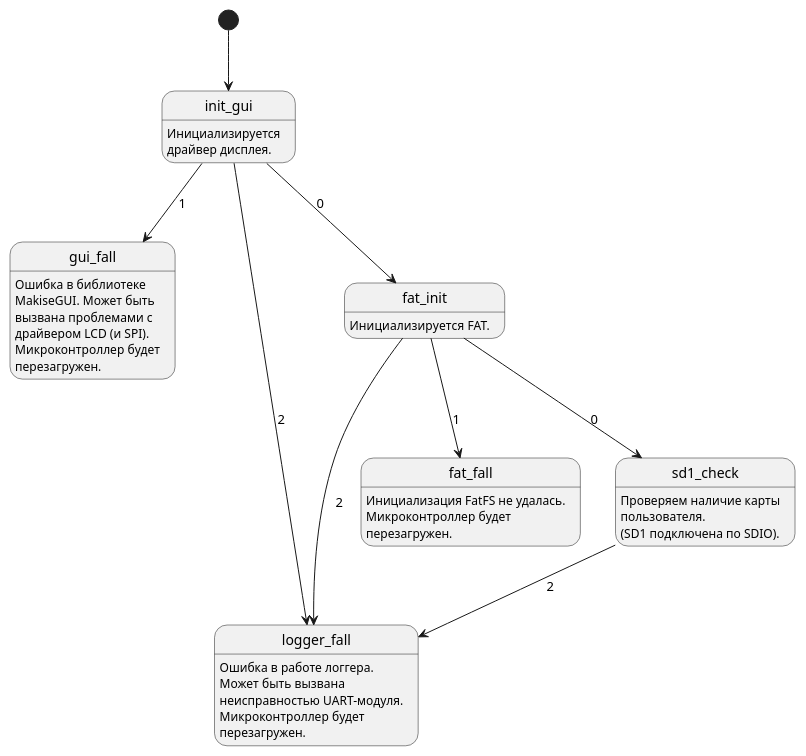
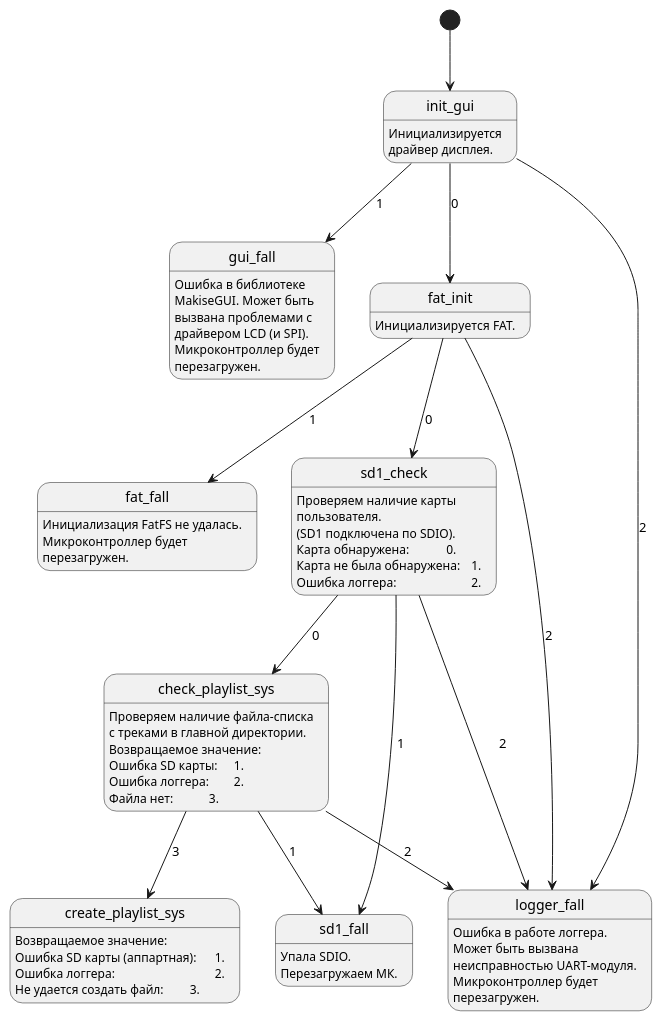
One commit to Vadimatorik/ChiptunePlayer-2.22 changed the diagram in user_code/fsm/tree/ayplayer_main_task_fsm.pu. Above: the diagram before and after it, drawn with PlantUML. The commit also changed 9 other files, not shown here.

```diff
--- a/user_code/fsm/tree/ayplayer_main_task_fsm.pu
+++ b/user_code/fsm/tree/ayplayer_main_task_fsm.pu
@@ -1,54 +1,84 @@
 @startuml
 
 [*] --> start
 
 state "init_gui" as start {
 start: Инициализируется 
 start: драйвер дисплея.
 }
 
 start --> fgui: 1 
 start --> fl: 2
 state "gui_fall" as fgui {
 fgui: Ошибка в библиотеке 
 fgui: MakiseGUI. Может быть 
 fgui: вызвана проблемами с 
 fgui: драйвером LCD (и SPI).
 fgui: Микроконтроллер будет 
 fgui: перезагружен.
 }
 
 state "logger_fall" as fl {
 fl: Ошибка в работе логгера.
 fl: Может быть вызвана 
 fl: неисправностью UART-модуля.
 fl: Микроконтроллер будет 
 fl: перезагружен.
 }
 
 start --> s1: 0
 
 state "fat_init" as s1 {
 s1: Инициализируется FAT.
 }
 
 s1 --> ffat: 1
 s1 --> fl: 2
 
 state "fat_fall" as ffat {
 ffat: Инициализация FatFS не удалась. 
 ffat: Микроконтроллер будет 
 ffat: перезагружен.
 }
 
 s1 --> s2: 0
 
 state "sd1_check" as s2 {
 s2: Проверяем наличие карты 
 s2: пользователя. 
 s2: (SD1 подключена по SDIO).
+s2: Карта обнаружена:\t\t0.
+s2: Карта не была обнаружена:\t1.
+s2: Ошибка логгера:\t\t\t2.
 }
 
+s2 --> s3: 0
+s2 --> fsdio: 1
 s2 --> fl: 2
 
+state "check_playlist_sys" as s3 {
+s3: Проверяем наличие файла-списка
+s3: с треками в главной директории.
+s3: Возвращаемое значение:
+s3: Ошибка SD карты:\t1.
+s3: Ошибка логгера:\t2.
+s3: Файла нет:\t\t3.
+}
+
+state "sd1_fall" as fsdio {
+fsdio: Упала SDIO.
+fsdio: Перезагружаем МК.
+}
+
+s3 --> fsdio: 1
+s3 --> fl: 2
+s3 --> s4: 3
+
+state "create_playlist_sys" as s4 {
+s4: Возвращаемое значение:
+s4: Ошибка SD карты (аппартная):\t1.
+s4: Ошибка логгера:\t\t\t\t2.
+s4: Не удается создать файл:\t\t3.
+}
+
 @enduml
```
